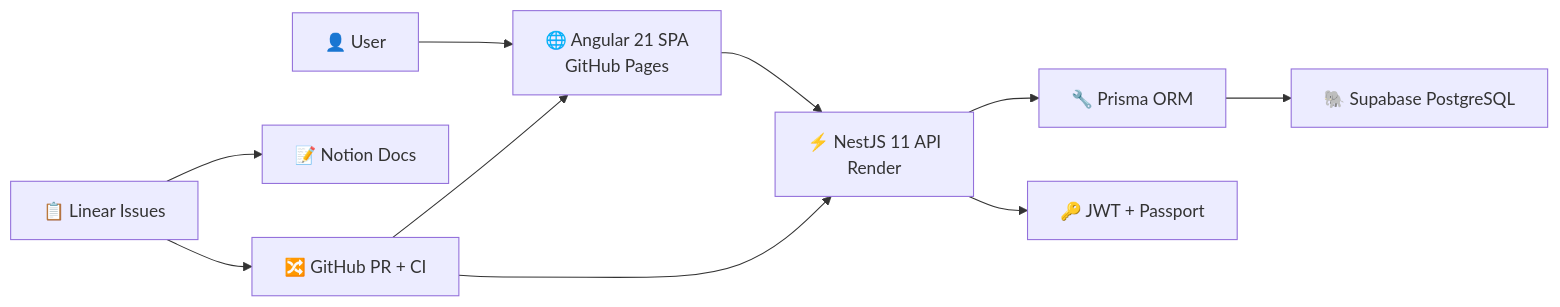
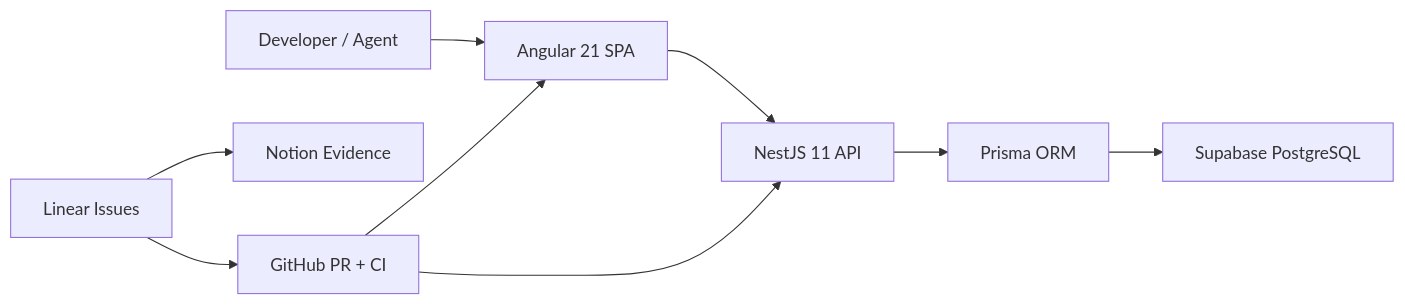
Before and after one commit to RidelHI/ia-pm-development: the diagram in README.md, drawn with Mermaid. The commit also changed other lines of this file, not shown here.

````diff
--- a/README.md
+++ b/README.md
@@ -24,12 +26,11 @@
 ```mermaid
 flowchart LR
-  U["👤 User"] --> W["🌐 Angular 21 SPA<br>GitHub Pages"]
-  W --> A["⚡ NestJS 11 API<br>Render"]
-  A --> P["🔧 Prisma ORM"]
-  P --> D["🐘 Supabase PostgreSQL"]
-  A --> J["🔑 JWT + Passport"]
-  L["📋 Linear Issues"] --> N["📝 Notion Docs"]
-  L --> PR["🔀 GitHub PR + CI"]
+  U["Developer / Agent"] --> W["Angular 21 SPA"]
+  W --> A["NestJS 11 API"]
+  A --> P["Prisma ORM"]
+  P --> D["Supabase PostgreSQL"]
+  L["Linear Issues"] --> N["Notion Evidence"]
+  L --> PR["GitHub PR + CI"]
   PR --> W
   PR --> A
 ```
````
